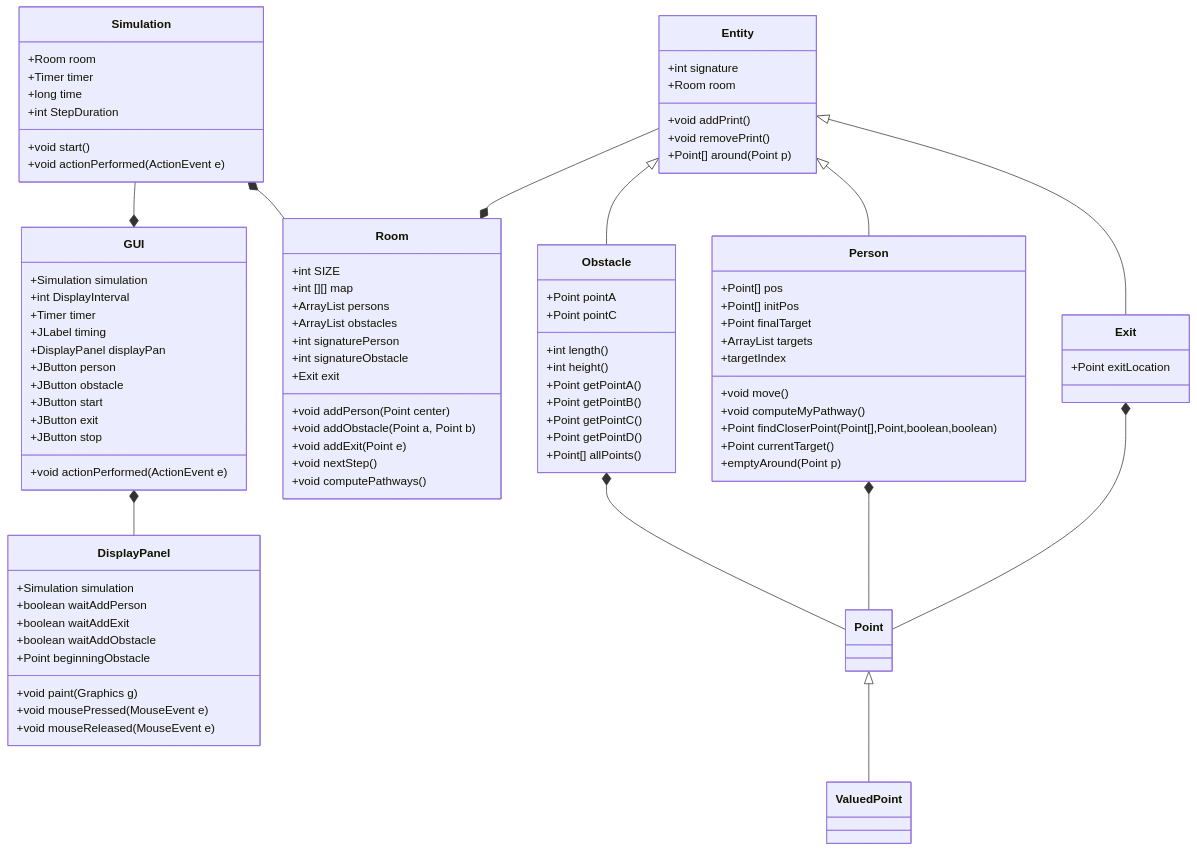
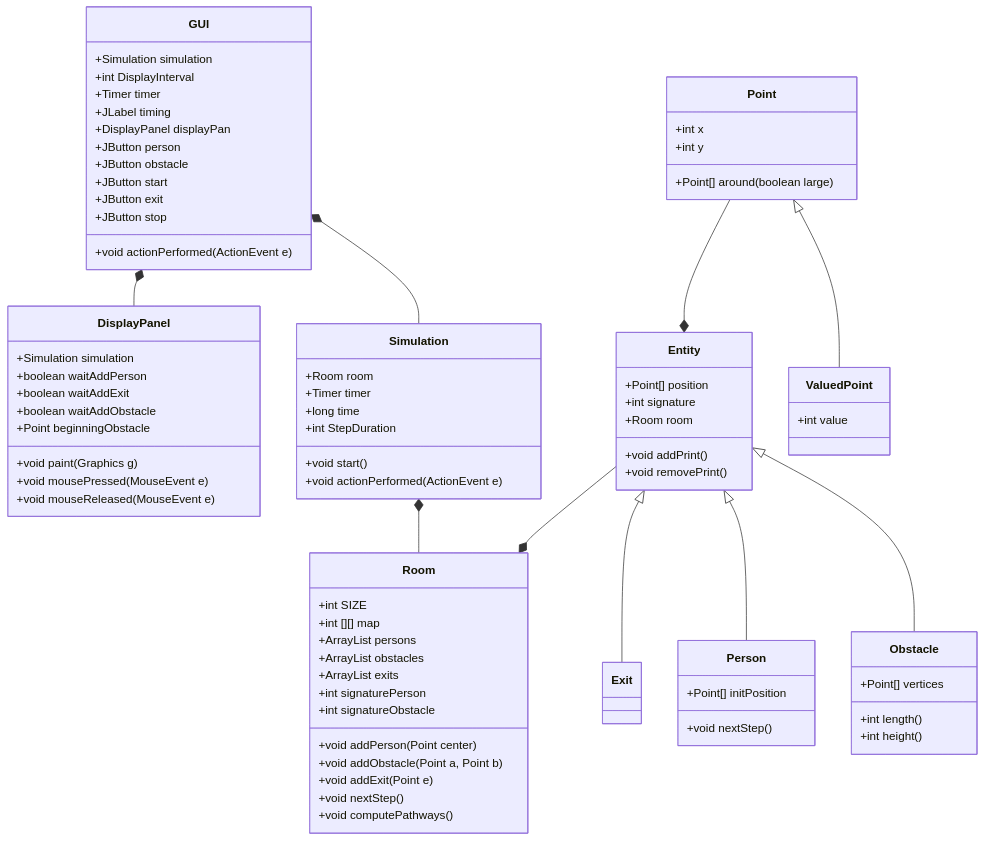
One commit to TimotheeMB/ProjectS4 changed the diagram in Report.md. Above: the diagram before and after it, drawn with Mermaid. The commit also changed 5 other files, not shown here.

Commit message:
UML diagram

````diff
--- a/Report.md
+++ b/Report.md
@@ -25,77 +25,67 @@
 ```mermaid
 classDiagram
-Simulation --* GUI
+
+GUI *-- DisplayPanel
+GUI *-- Simulation
 GUI: +Simulation simulation
 GUI: +int DisplayInterval
 GUI: +Timer timer
 GUI: +JLabel timing
 GUI: +DisplayPanel displayPan
 GUI: +JButton person
 GUI: +JButton obstacle
 GUI: +JButton start
 GUI: +JButton exit
 GUI: +JButton stop
 GUI: +void actionPerformed(ActionEvent e)
-GUI *-- DisplayPanel
 DisplayPanel: +Simulation simulation
 DisplayPanel: +boolean waitAddPerson
 DisplayPanel: +boolean waitAddExit
 DisplayPanel: +boolean waitAddObstacle
 DisplayPanel: +Point beginningObstacle
 DisplayPanel: +void paint(Graphics g)
 DisplayPanel: +void mousePressed(MouseEvent e)
 DisplayPanel: +void mouseReleased(MouseEvent e)
 Simulation *-- Room
 Simulation: +Room room
 Simulation: +Timer timer
 Simulation: +long time
 Simulation: +int StepDuration
 Simulation: +void start()
 Simulation: +void actionPerformed(ActionEvent e)
 Entity -- *Room
 Room: +int SIZE
 Room: +int [][] map
 Room: +ArrayList<Person> persons
 Room: +ArrayList<Obstacle> obstacles
+Room: +ArrayList<Exit> exits
 Room: +int signaturePerson
 Room: +int signatureObstacle
-Room: +Exit exit
 Room: +void addPerson(Point center)
 Room: +void addObstacle(Point a, Point b)
 Room: +void addExit(Point e)
 Room: +void nextStep()
 Room: +void computePathways()
+Entity: +Point[] position
 Entity: +int signature
 Entity: +Room room
 Entity: +void addPrint()
 Entity: +void removePrint()
-Entity: +Point[] around(Point p)
 Entity <|-- Exit
-Exit: +Point exitLocation
 Entity <|-- Person
-Person: +Point[] pos
-Person: +Point[] initPos
-Person: +Point finalTarget
-Person: +ArrayList<Point> targets
-Person: +targetIndex
-Person: +void move()
-Person: +void computeMyPathway()
-Person: +Point findCloserPoint(Point[],Point,boolean,boolean)
-Person: +Point currentTarget()
-Person: +emptyAround(Point p)
+Person: +Point[] initPosition
+Person: +void nextStep()
 Entity <|-- Obstacle
-Obstacle: +Point pointA
-Obstacle: +Point pointC
+Obstacle: +Point[] vertices
 Obstacle: +int length()
 Obstacle: +int height()
-Obstacle: +Point getPointA()
-Obstacle: +Point getPointB()
-Obstacle: +Point getPointC()
-Obstacle: +Point getPointD()
-Obstacle: +Point[] allPoints()
 
-Obstacle *-- Point
-Person *-- Point
-Exit *-- Point
+Point --* Entity
 Point<|--ValuedPoint
+
+Point: +int x
+Point: +int y
+Point: +Point[] around(boolean large)
+
+ValuedPoint: +int value
 ```
````
